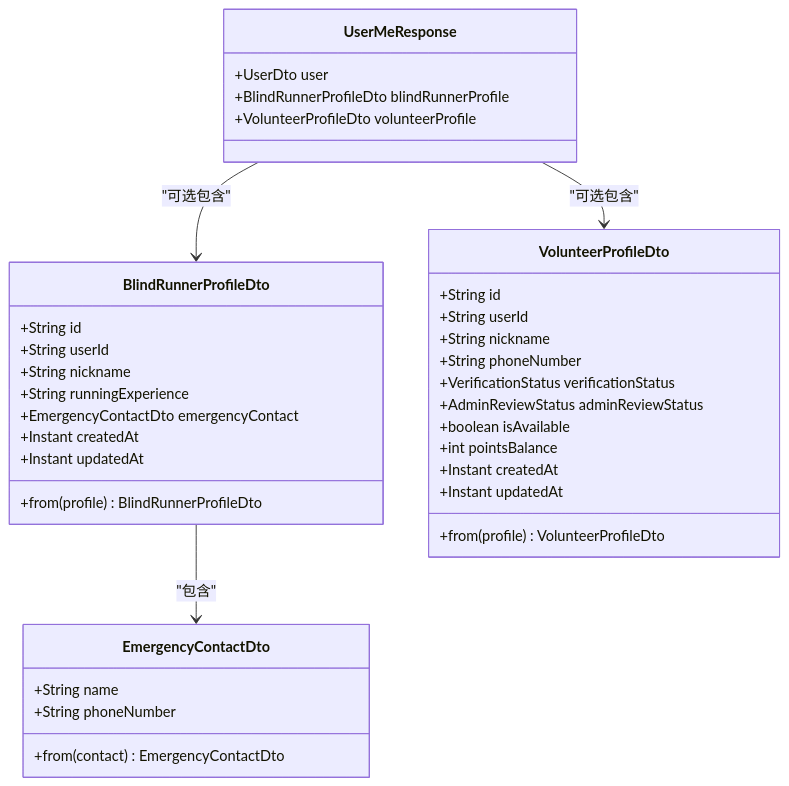
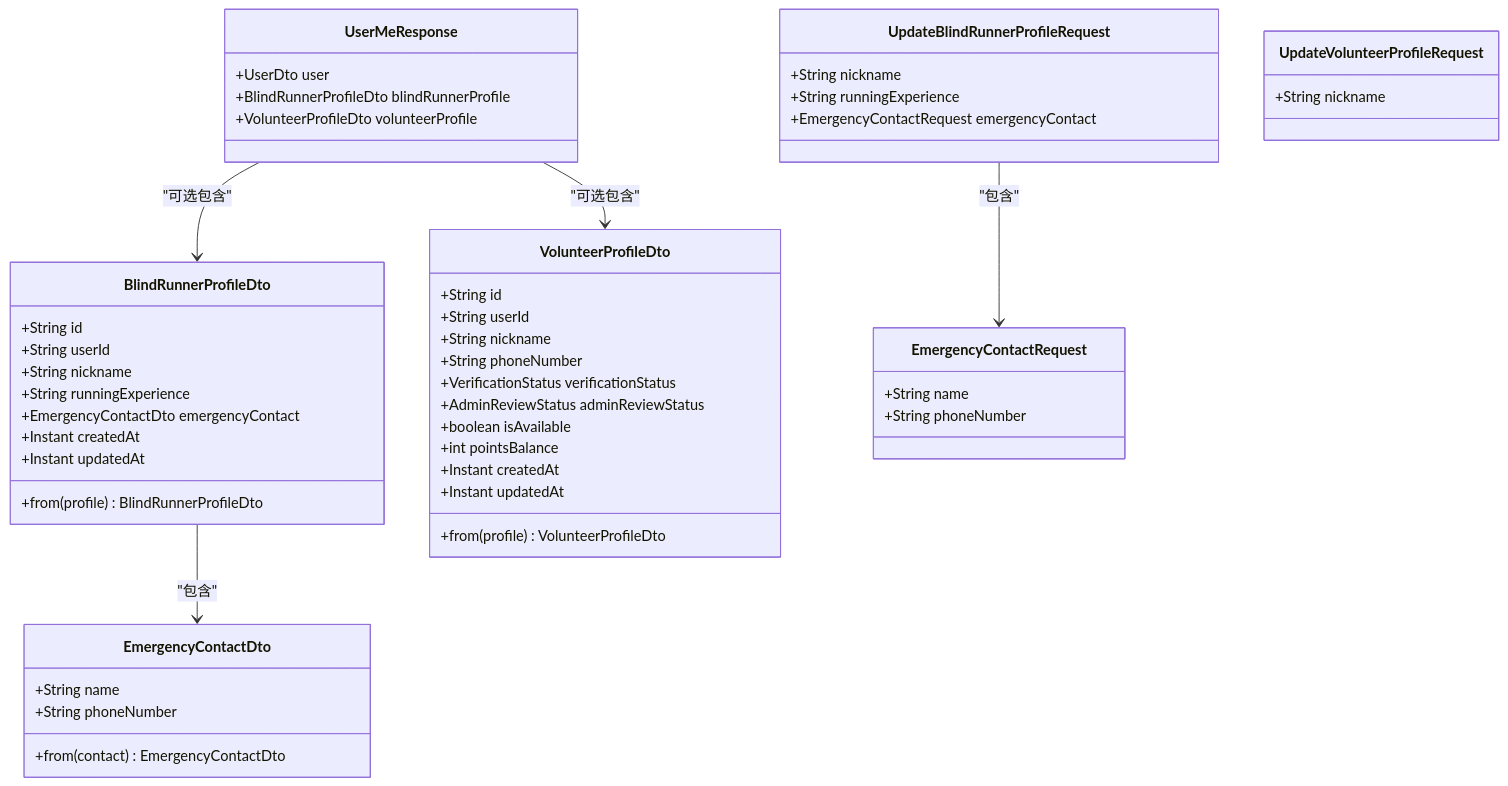
One commit to Jayden23018/blind-run-ios changed the ninth of 11 diagrams in .qoder/repowiki/zh/content/架构设计/模块化架构设计/Core 核心模块/个人资料管理模块.md. Above: the diagram before and after it, drawn with Mermaid. The commit also changed other lines of this file and 13 other files, not shown here.

Commit message:
Fix volunteer profile flow and acceptance guards

````diff
--- a/.qoder/repowiki/zh/content/架构设计/模块化架构设计/Core 核心模块/个人资料管理模块.md
+++ b/.qoder/repowiki/zh/content/架构设计/模块化架构设计/Core 核心模块/个人资料管理模块.md
@@ -343,39 +483,52 @@
 ```mermaid
 classDiagram
 class BlindRunnerProfileDto {
 +String id
 +String userId
 +String nickname
 +String runningExperience
 +EmergencyContactDto emergencyContact
 +Instant createdAt
 +Instant updatedAt
 +from(profile) BlindRunnerProfileDto
 }
 class VolunteerProfileDto {
 +String id
 +String userId
 +String nickname
 +String phoneNumber
 +VerificationStatus verificationStatus
 +AdminReviewStatus adminReviewStatus
 +boolean isAvailable
 +int pointsBalance
 +Instant createdAt
 +Instant updatedAt
 +from(profile) VolunteerProfileDto
 }
 class EmergencyContactDto {
 +String name
 +String phoneNumber
 +from(contact) EmergencyContactDto
 }
 class UserMeResponse {
 +UserDto user
 +BlindRunnerProfileDto blindRunnerProfile
 +VolunteerProfileDto volunteerProfile
 }
+class UpdateBlindRunnerProfileRequest {
++String nickname
++String runningExperience
++EmergencyContactRequest emergencyContact
+}
+class UpdateVolunteerProfileRequest {
++String nickname
+}
+class EmergencyContactRequest {
++String name
++String phoneNumber
+}
 BlindRunnerProfileDto --> EmergencyContactDto : "包含"
 UserMeResponse --> BlindRunnerProfileDto : "可选包含"
 UserMeResponse --> VolunteerProfileDto : "可选包含"
+UpdateBlindRunnerProfileRequest --> EmergencyContactRequest : "包含"
 ```
````
